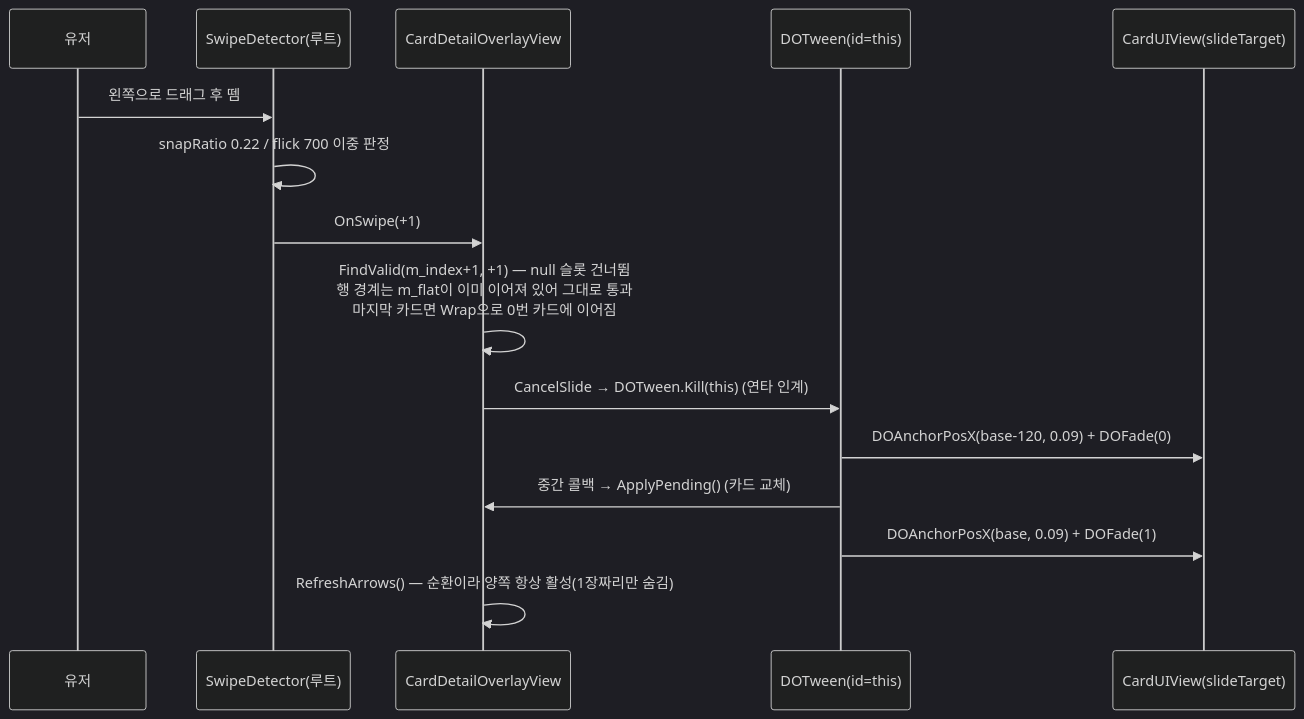
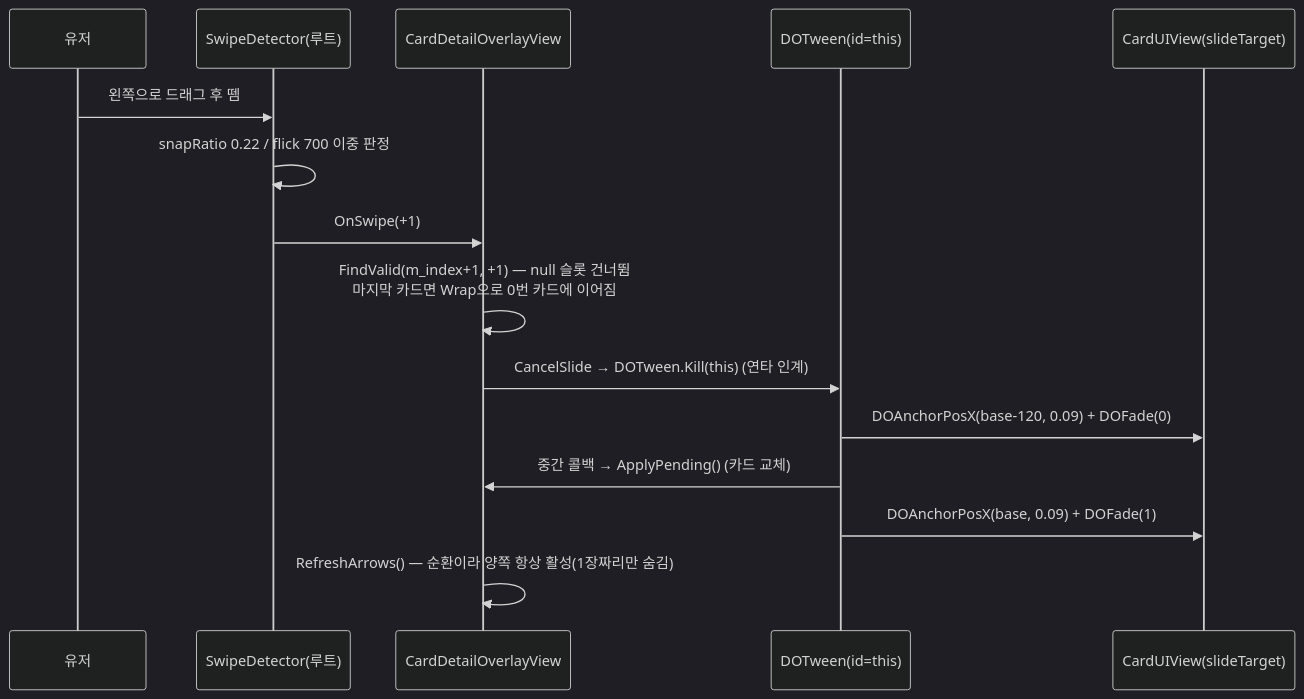
One commit to hspark-maker/TeamfightTCG_Migriation changed the third of 22 diagrams in docs/OutGamePlan/STRUCTURE.md. Above: the diagram before and after it, drawn with Mermaid (dark theme). The commit also changed other lines of this file and 86 other files, not shown here.

````diff
--- a/docs/OutGamePlan/STRUCTURE.md
+++ b/docs/OutGamePlan/STRUCTURE.md
@@ -113,18 +105,18 @@
 ```mermaid
 sequenceDiagram
     participant U as 유저
     participant SW as SwipeDetector(루트)
     participant V as CardDetailOverlayView
     participant T as DOTween(id=this)
     participant C as CardUIView(slideTarget)
 
     U->>SW: 왼쪽으로 드래그 후 뗌
     SW->>SW: snapRatio 0.22 / flick 700 이중 판정
     SW->>V: OnSwipe(+1)
-    V->>V: FindValid(m_index+1, +1) — null 슬롯 건너뜀<br/>행 경계는 m_flat이 이미 이어져 있어 그대로 통과<br/>마지막 카드면 Wrap으로 0번 카드에 이어짐
+    V->>V: FindValid(m_index+1, +1) — null 슬롯 건너뜀<br/>마지막 카드면 Wrap으로 0번 카드에 이어짐
     V->>T: CancelSlide → DOTween.Kill(this) (연타 인계)
     T->>C: DOAnchorPosX(base-120, 0.09) + DOFade(0)
     T->>V: 중간 콜백 → ApplyPending() (카드 교체)
     T->>C: DOAnchorPosX(base, 0.09) + DOFade(1)
     V->>V: RefreshArrows() — 순환이라 양쪽 항상 활성(1장짜리만 숨김)
 ```
````
